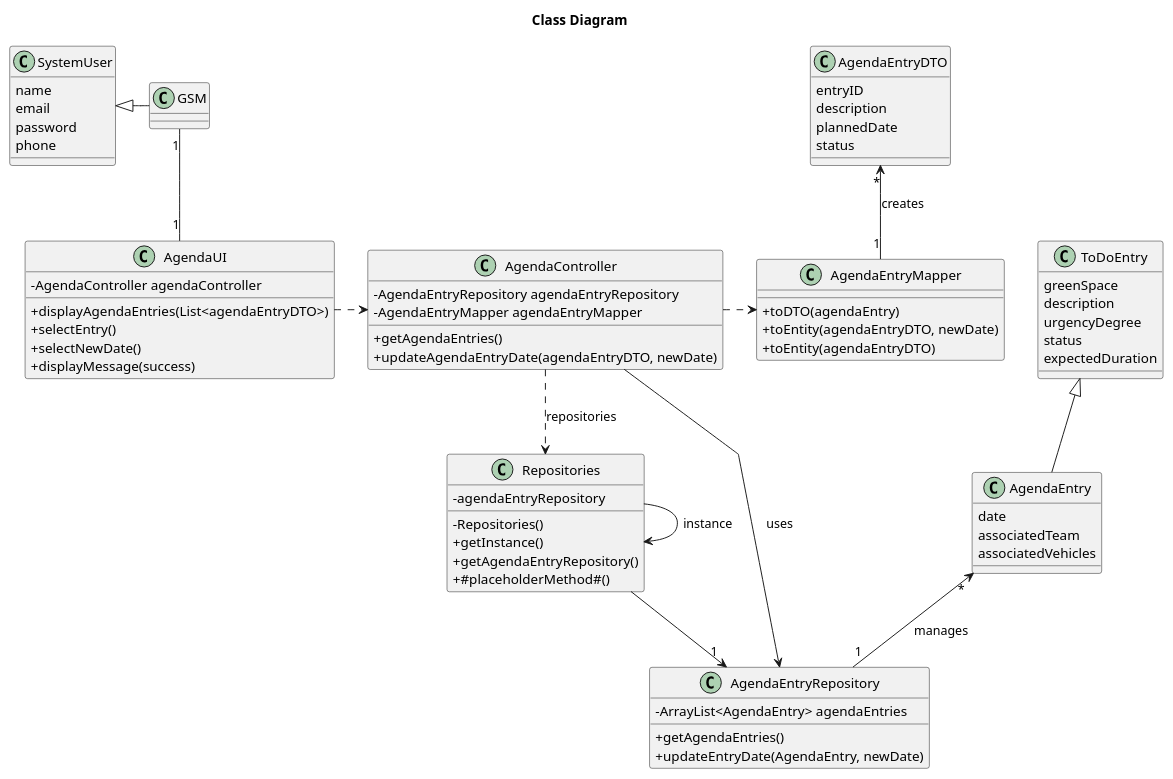
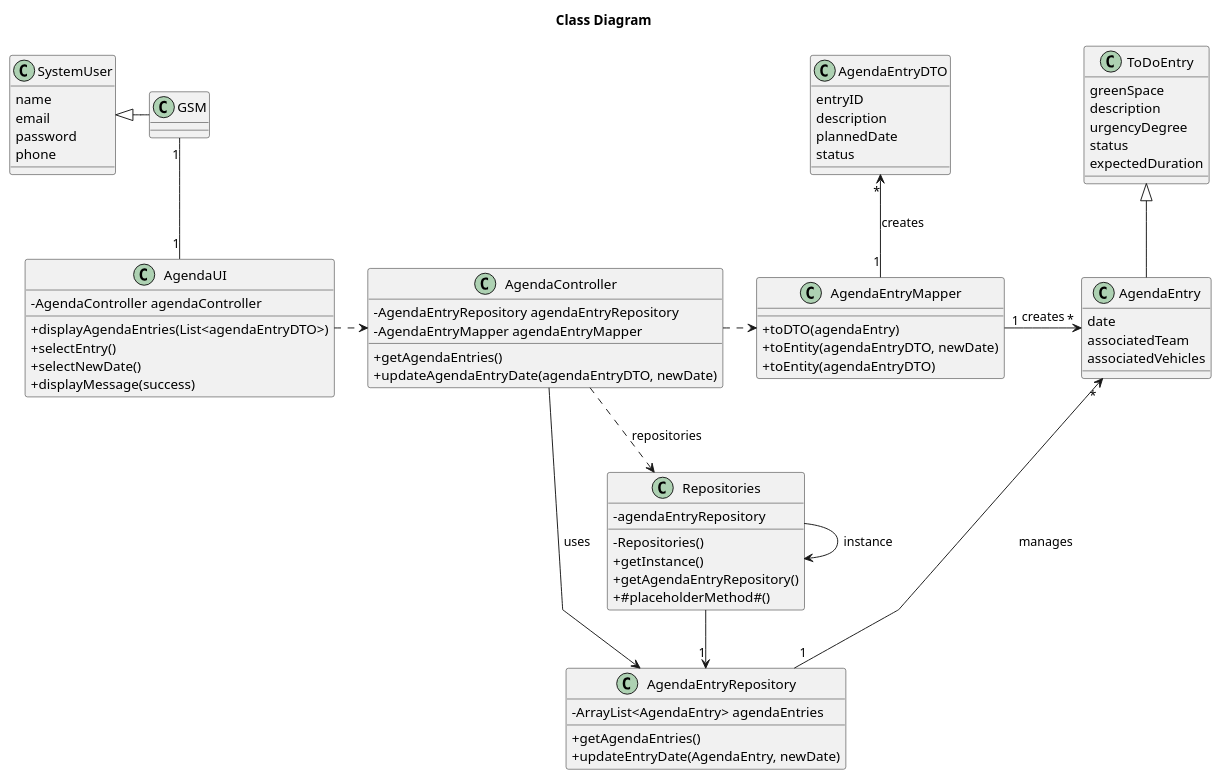
Before and after one commit to Departamento-de-Engenharia-Informatica/lei-24-s2-1do-g164: the diagram in docs/sprintC/us024/03.design/puml/us024-class-diagram.puml, drawn with PlantUML. The commit also changed 6 other files, not shown here.

```diff
--- a/docs/sprintC/us024/03.design/puml/us024-class-diagram.puml
+++ b/docs/sprintC/us024/03.design/puml/us024-class-diagram.puml
@@ -1,91 +1,92 @@
 @startuml
 skinparam classAttributeIconSize 0
 'skinparam monochrome true
 skinparam packageStyle rectangle
 skinparam shadowing false
 skinparam linetype polyline
 'skinparam linetype orto
 skinparam classAttributeIconSize 0
 
 title Class Diagram
 
 
 class ToDoEntry{
     greenSpace
     description
     urgencyDegree
     status
     expectedDuration
 }
 
 class AgendaEntry {
     date
     associatedTeam
     associatedVehicles
 }
 
 class AgendaEntryDTO {
     entryID
     description
     plannedDate
     status
 }
 
 class SystemUser {
     name
     email
     password
     phone
 }
 
 class AgendaEntryRepository {
     - ArrayList<AgendaEntry> agendaEntries
     + getAgendaEntries()
     + updateEntryDate(AgendaEntry, newDate)
 }
 
 class Repositories {
     - agendaEntryRepository
 
     - Repositories()
     + getInstance()
     + getAgendaEntryRepository()
     + #placeholderMethod#()
 }
 
 class AgendaEntryMapper {
     + toDTO(agendaEntry)
     + toEntity(agendaEntryDTO, newDate)
     + toEntity(agendaEntryDTO)
 }
 
 class AgendaController {
     - AgendaEntryRepository agendaEntryRepository
     - AgendaEntryMapper agendaEntryMapper
     + getAgendaEntries()
     + updateAgendaEntryDate(agendaEntryDTO, newDate)
 }
 
 class AgendaUI {
     - AgendaController agendaController
     + displayAgendaEntries(List<agendaEntryDTO>)
     + selectEntry()
     + selectNewDate()
     + displayMessage(success)
 }
 
 AgendaUI .> AgendaController
 AgendaController ..> Repositories : repositories
 Repositories --> "1" AgendaEntryRepository
 Repositories -> Repositories : instance
 AgendaController .> AgendaEntryMapper
 AgendaController --> AgendaEntryRepository : uses
 
 SystemUser <|- GSM
 ToDoEntry <|-- AgendaEntry
 
 GSM "1" -- "1" AgendaUI
+AgendaEntryMapper "1"->"*" AgendaEntry : creates
 AgendaEntry "*" <-- "1" AgendaEntryRepository : manages
 AgendaEntryDTO "*" <-- "1" AgendaEntryMapper : creates
 
 @enduml
```
